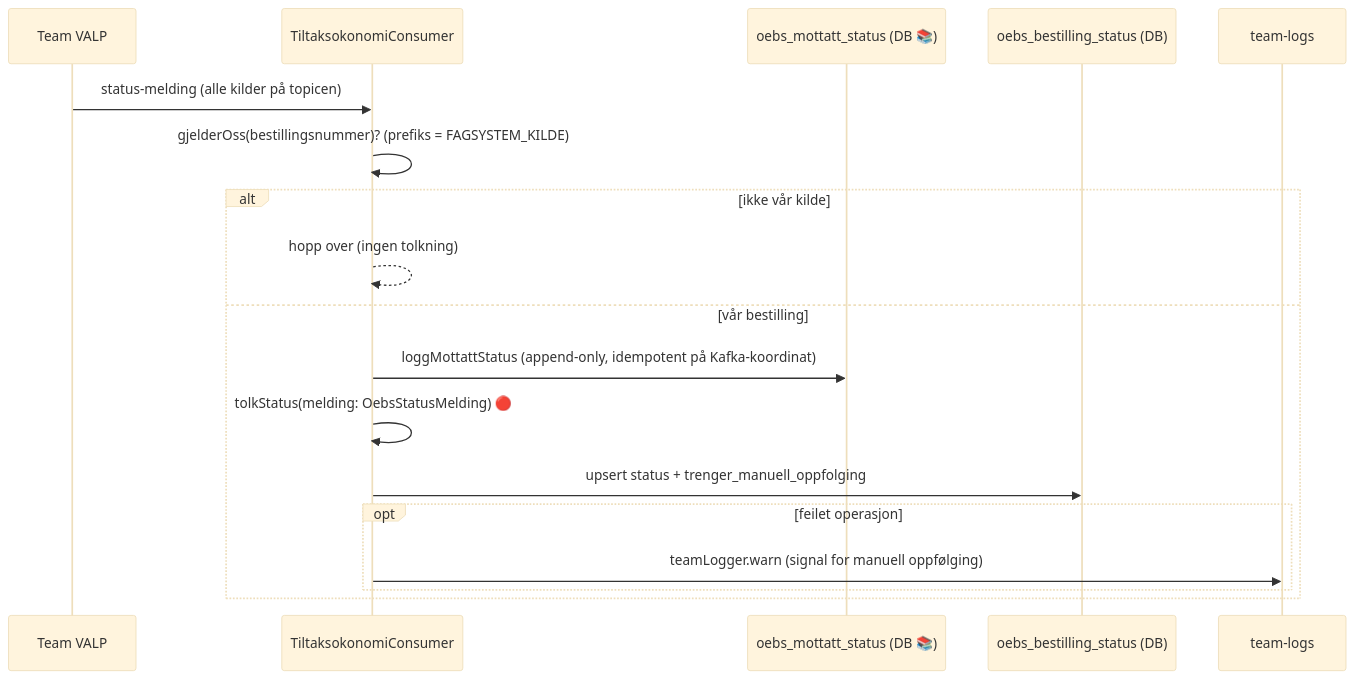
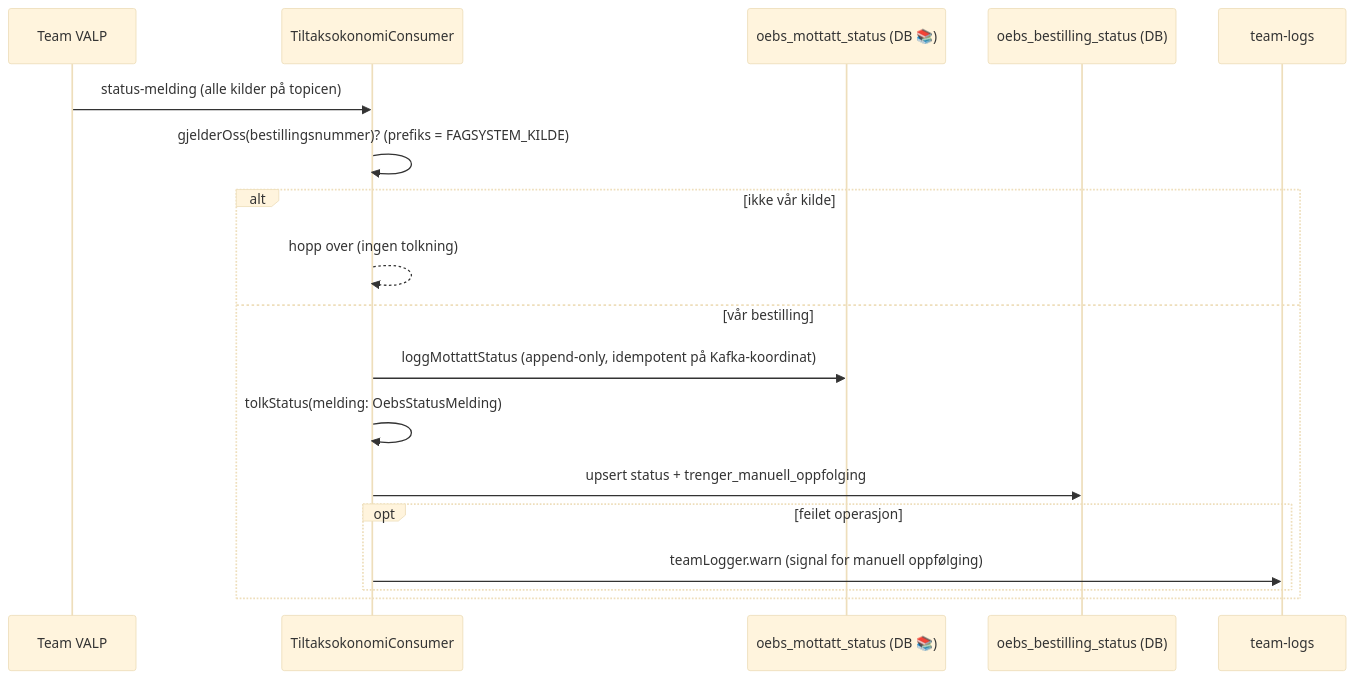
Before and after one commit to navikt/ekspertbistand: the third of 3 diagrams in backend/src/main/kotlin/no/nav/ekspertbistand/oebs/README.md, drawn with Mermaid (base theme). The commit also changed other lines of this file and 3 other files, not shown here.

First line of the commit message:
feat(oebs): tolk status fra VALP og flagg feilede operasjoner for manuell oppfølging

````diff
--- a/backend/src/main/kotlin/no/nav/ekspertbistand/oebs/README.md
+++ b/backend/src/main/kotlin/no/nav/ekspertbistand/oebs/README.md
@@ -85,21 +85,21 @@
 ```mermaid
 sequenceDiagram
     participant V as Team VALP
     participant S as TiltaksokonomiConsumer
     participant L as oebs_mottatt_status (DB 📚)
     participant D as oebs_bestilling_status (DB)
     participant T as team-logs
 
     V->>S: status-melding (alle kilder på topicen)
     S->>S: gjelderOss(bestillingsnummer)? (prefiks = FAGSYSTEM_KILDE)
     alt ikke vår kilde
         S-->>S: hopp over (ingen tolkning)
     else vår bestilling
         S->>L: loggMottattStatus (append-only, idempotent på Kafka-koordinat)
-        S->>S: tolkStatus(melding: OebsStatusMelding) 🔴
+        S->>S: tolkStatus(melding: OebsStatusMelding)
         S->>D: upsert status + trenger_manuell_oppfolging
         opt feilet operasjon
             S->>T: teamLogger.warn (signal for manuell oppfølging)
         end
     end
 ```
````
